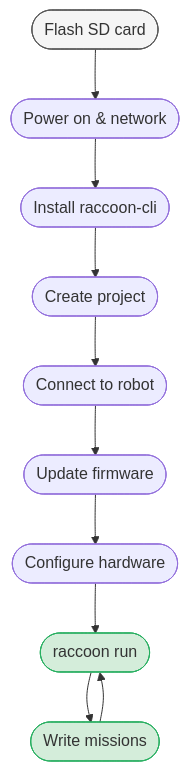
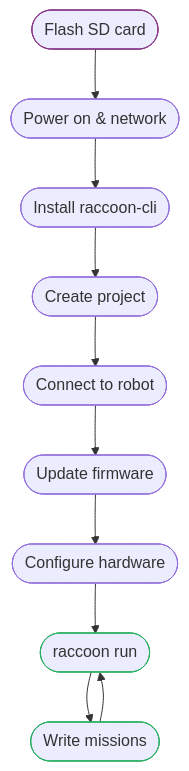
Before and after one commit to htl-stp-ecer/documentation: the diagram in content/00-quick-start/_index.md, drawn with Mermaid. The commit also changed other lines of this file, not shown here.

Commit message:
chore: update 00-quick-start

````diff
--- a/content/00-quick-start/_index.md
+++ b/content/00-quick-start/_index.md
@@ -19,21 +19,21 @@
 ```mermaid
 flowchart TD
     A([Flash SD card]) --> B([Power on & network])
     B --> C([Install raccoon-cli])
     C --> D([Create project])
     D --> E([Connect to robot])
     E --> F([Update firmware])
     F --> G([Configure hardware])
     G --> H([raccoon run])
     H --> I([Write missions])
     I --> H
 
     click B "/01-botui" "BotUI docs"
     click D "/02-programming/01-project-structure" "Project structure"
     click G "/02-programming/02-robot-definition" "Robot definition"
     click I "/02-programming/03-missions" "Missions"
 
-    style A fill:#f5f5f5,stroke:#555
-    style H fill:#d4edda,stroke:#27ae60
-    style I fill:#d4edda,stroke:#27ae60
+    style A stroke:#853585
+    style H stroke:#27ae60
+    style I stroke:#27ae60
 ```
````
